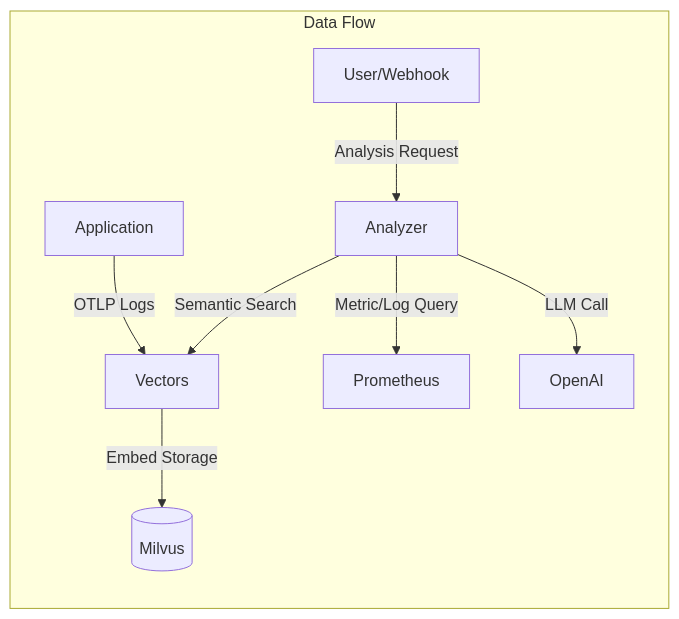
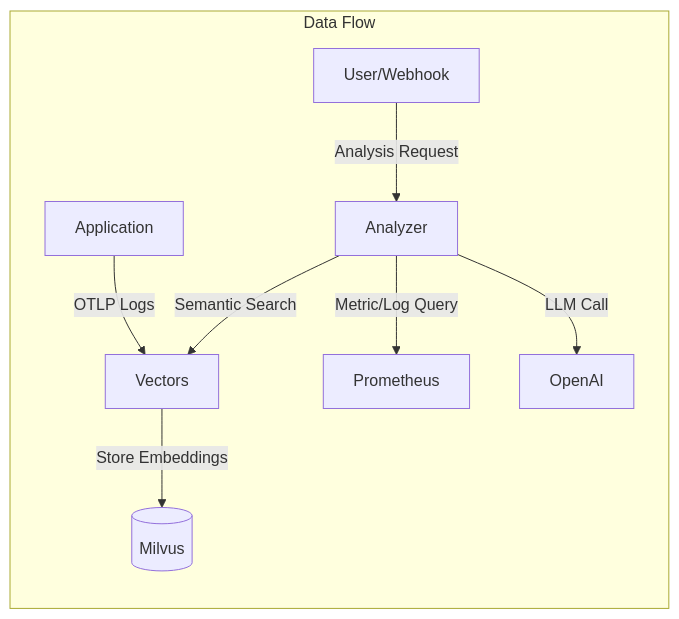
The first of 2 diagrams in src/content/blog/en/meerkat-deep-dive.md (mandacode-labs/mandacode-devs), drawn with Mermaid before and after one commit. The commit also changed other lines of this file and 10 other files, not shown here.

````diff
--- a/src/content/blog/en/meerkat-deep-dive.md
+++ b/src/content/blog/en/meerkat-deep-dive.md
@@ -44,11 +46,11 @@
 ```mermaid
 graph LR
     subgraph "Data Flow"
         App[Application] -- OTLP Logs --> Vectors
-        Vectors -- Embed Storage --> Milvus[(Milvus)]
+        Vectors -- Store Embeddings --> Milvus[(Milvus)]
         Client[User/Webhook] -- Analysis Request --> Analyzer
         Analyzer -- Semantic Search --> Vectors
         Analyzer -- Metric/Log Query --> Prometheus
         Analyzer -- LLM Call --> OpenAI
     end
 ```
````
